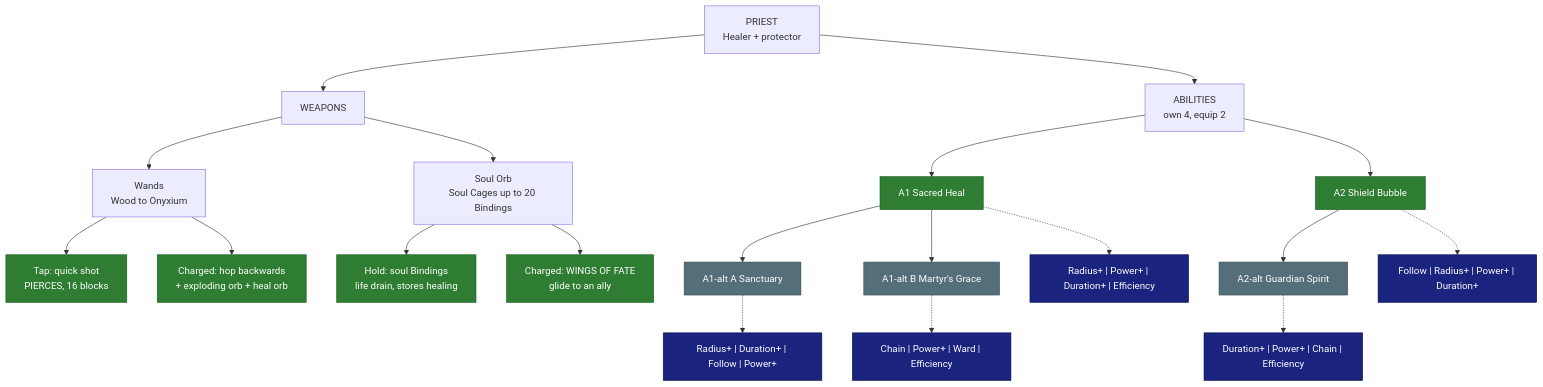
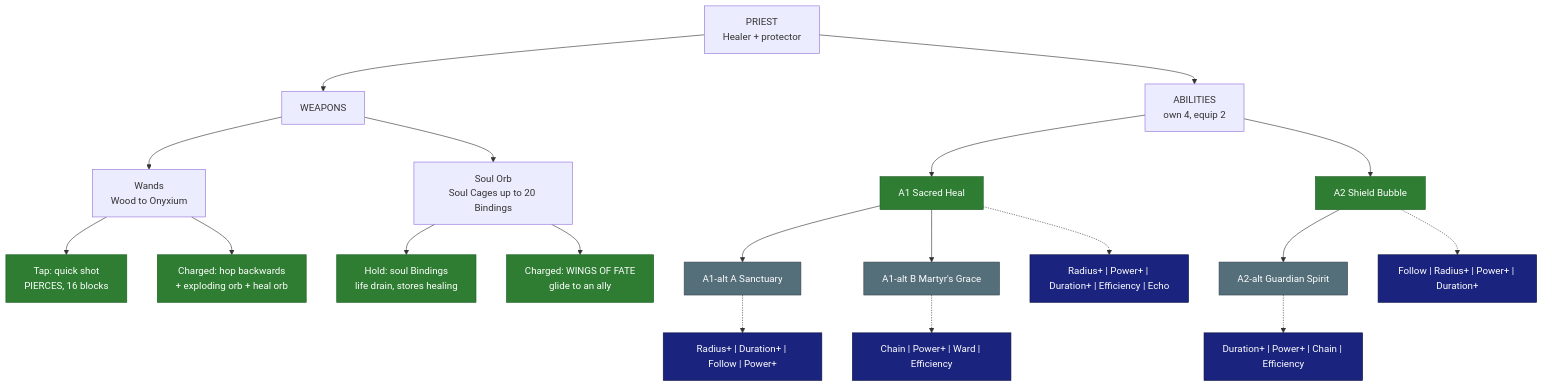
The diagram in research/classes/Priest.md (SkyyPlayz/SkyyWynnBlock), drawn with Mermaid before and after one commit. The commit also changed other lines of this file and 2 other files, not shown here.

Commit message:
Priest: Echo on Sacred Heal (Skyy)

````diff
--- a/research/classes/Priest.md
+++ b/research/classes/Priest.md
@@ -20,28 +20,28 @@
 ```mermaid
 flowchart TD
   CLS["PRIEST<br/>Healer + protector"]
   CLS --> WPN["WEAPONS"]
   CLS --> ABL["ABILITIES<br/>own 4, equip 2"]
   WPN --> WD["Wands<br/>Wood to Onyxium"]
   WD --> WDa["Tap: quick shot<br/>PIERCES, 16 blocks"]
   WD --> WDc["Charged: hop backwards<br/>+ exploding orb + heal orb"]
   WPN --> SO["Soul Orb<br/>Soul Cages up to 20 Bindings"]
   SO --> SOa["Hold: soul Bindings<br/>life drain, stores healing"]
   SO --> SOc["Charged: WINGS OF FATE<br/>glide to an ally"]
   ABL --> A1["A1 Sacred Heal"]
   A1 --> A1A["A1-alt A Sanctuary"]
   A1 --> A1B["A1-alt B Martyr's Grace"]
   ABL --> A2["A2 Shield Bubble"]
   A2 --> A2X["A2-alt Guardian Spirit"]
-  A1 -.-> M1["Radius+ | Power+ | Duration+ | Efficiency"]
+  A1 -.-> M1["Radius+ | Power+ | Duration+ | Efficiency | Echo"]
   A1A -.-> M2["Radius+ | Duration+ | Follow | Power+"]
   A1B -.-> M3["Chain | Power+ | Ward | Efficiency"]
   A2 -.-> M4["Follow | Radius+ | Power+ | Duration+"]
   A2X -.-> M5["Duration+ | Power+ | Chain | Efficiency"]
   classDef locked fill:#2e7d32,color:#fff,stroke:#1b5e20
   classDef proposed fill:#546e7a,color:#fff,stroke:#37474f
   classDef mods fill:#1a237e,color:#fff,stroke:#0d1442
   class A1,A2,WDa,WDc,SOa,SOc locked
   class A1A,A1B,A2X proposed
   class M1,M2,M3,M4,M5 mods
 ```
````
